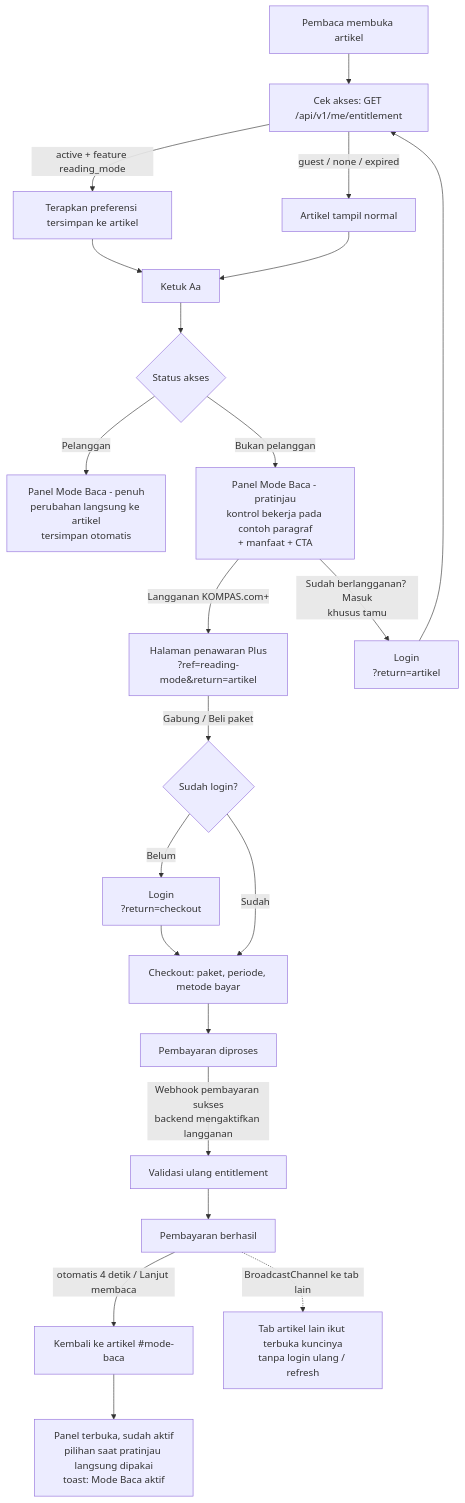
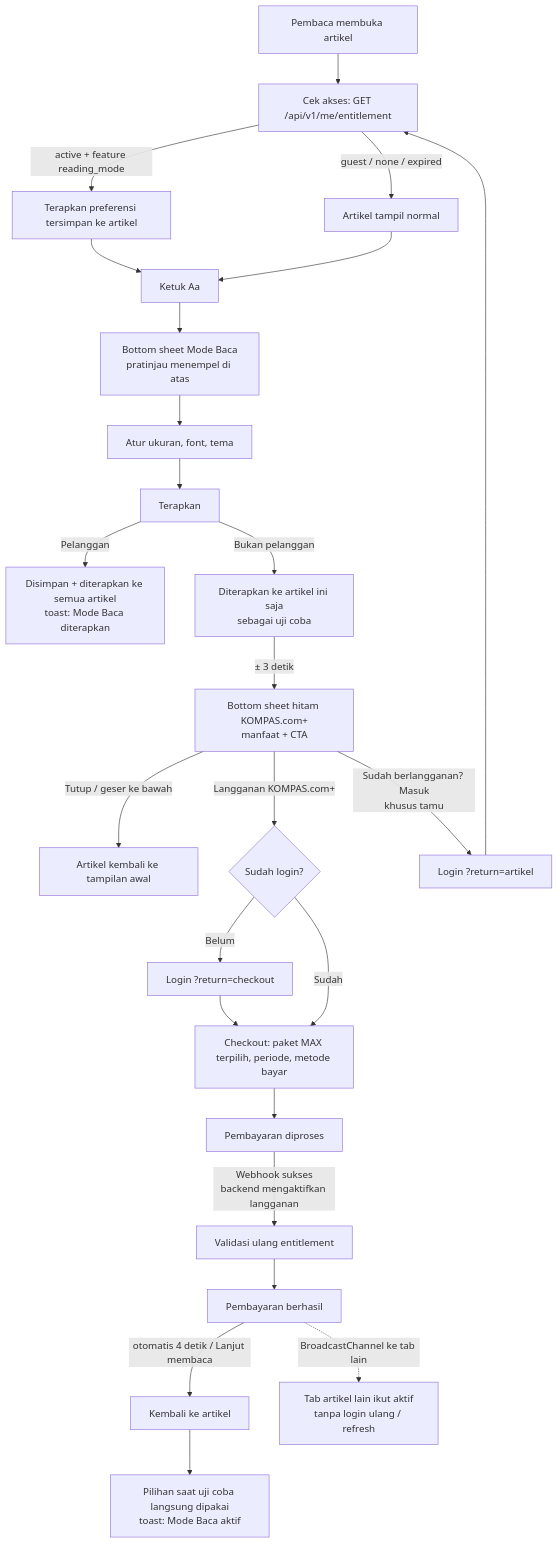
The diagram in docs/reading-mode-flow.md (kcmprodes-tech/web-kompascom), drawn with Mermaid before and after one commit. The commit also changed other lines of this file and 11 other files, not shown here.

First line of the commit message:
feat(reading-mode): new bottom sheet, Aa in reaction row, 3s trial + dark offer sheet

````diff
--- a/docs/reading-mode-flow.md
+++ b/docs/reading-mode-flow.md
@@ -16,28 +22,28 @@
 ```mermaid
 flowchart TD
   A[Pembaca membuka artikel] --> B[Cek akses: GET /api/v1/me/entitlement]
   B -->|active + feature reading_mode| C[Terapkan preferensi tersimpan ke artikel]
   B -->|guest / none / expired| D[Artikel tampil normal]
 
   C --> E[Ketuk Aa]
   D --> E
-  E --> F{Status akses}
+  E --> F[Bottom sheet Mode Baca<br/>pratinjau menempel di atas]
+  F --> G[Atur ukuran, font, tema] --> H[Terapkan]
 
-  F -->|Pelanggan| G[Panel Mode Baca - penuh<br/>perubahan langsung ke artikel<br/>tersimpan otomatis]
-  F -->|Bukan pelanggan| H[Panel Mode Baca - pratinjau<br/>kontrol bekerja pada contoh paragraf<br/>+ manfaat + CTA]
+  H -->|Pelanggan| I[Disimpan + diterapkan ke semua artikel<br/>toast: Mode Baca diterapkan]
+  H -->|Bukan pelanggan| J[Diterapkan ke artikel ini saja<br/>sebagai uji coba]
+  J -->|± 3 detik| K[Bottom sheet hitam KOMPAS.com+<br/>manfaat + CTA]
 
-  H -->|Langganan KOMPAS.com+| I[Halaman penawaran Plus<br/>?ref=reading-mode&return=artikel]
-  H -->|Sudah berlangganan? Masuk<br/>khusus tamu| L[Login<br/>?return=artikel]
-  L --> B
+  K -->|Tutup / geser ke bawah| L[Artikel kembali ke tampilan awal]
+  K -->|Langganan KOMPAS.com+| M{Sudah login?}
+  K -->|Sudah berlangganan? Masuk<br/>khusus tamu| N[Login ?return=artikel] --> B
+  M -->|Belum| O[Login ?return=checkout] --> P
+  M -->|Sudah| P[Checkout: paket MAX terpilih, periode, metode bayar]
+  P --> Q[Pembayaran diproses]
+  Q -->|Webhook sukses<br/>backend mengaktifkan langganan| R[Validasi ulang entitlement]
+  R --> S[Pembayaran berhasil]
+  S -->|otomatis 4 detik / Lanjut membaca| T[Kembali ke artikel]
+  T --> U[Pilihan saat uji coba langsung dipakai<br/>toast: Mode Baca aktif]
 
-  I -->|Gabung / Beli paket| J{Sudah login?}
-  J -->|Belum| K[Login<br/>?return=checkout] --> M
-  J -->|Sudah| M[Checkout: paket, periode, metode bayar]
-  M --> N[Pembayaran diproses]
-  N -->|Webhook pembayaran sukses<br/>backend mengaktifkan langganan| O[Validasi ulang entitlement]
-  O --> P[Pembayaran berhasil]
-  P -->|otomatis 4 detik / Lanjut membaca| Q[Kembali ke artikel #mode-baca]
-  Q --> R[Panel terbuka, sudah aktif<br/>pilihan saat pratinjau langsung dipakai<br/>toast: Mode Baca aktif]
-
-  P -.->|BroadcastChannel ke tab lain| S[Tab artikel lain ikut terbuka kuncinya<br/>tanpa login ulang / refresh]
+  S -.->|BroadcastChannel ke tab lain| V[Tab artikel lain ikut aktif<br/>tanpa login ulang / refresh]
 ```
````
